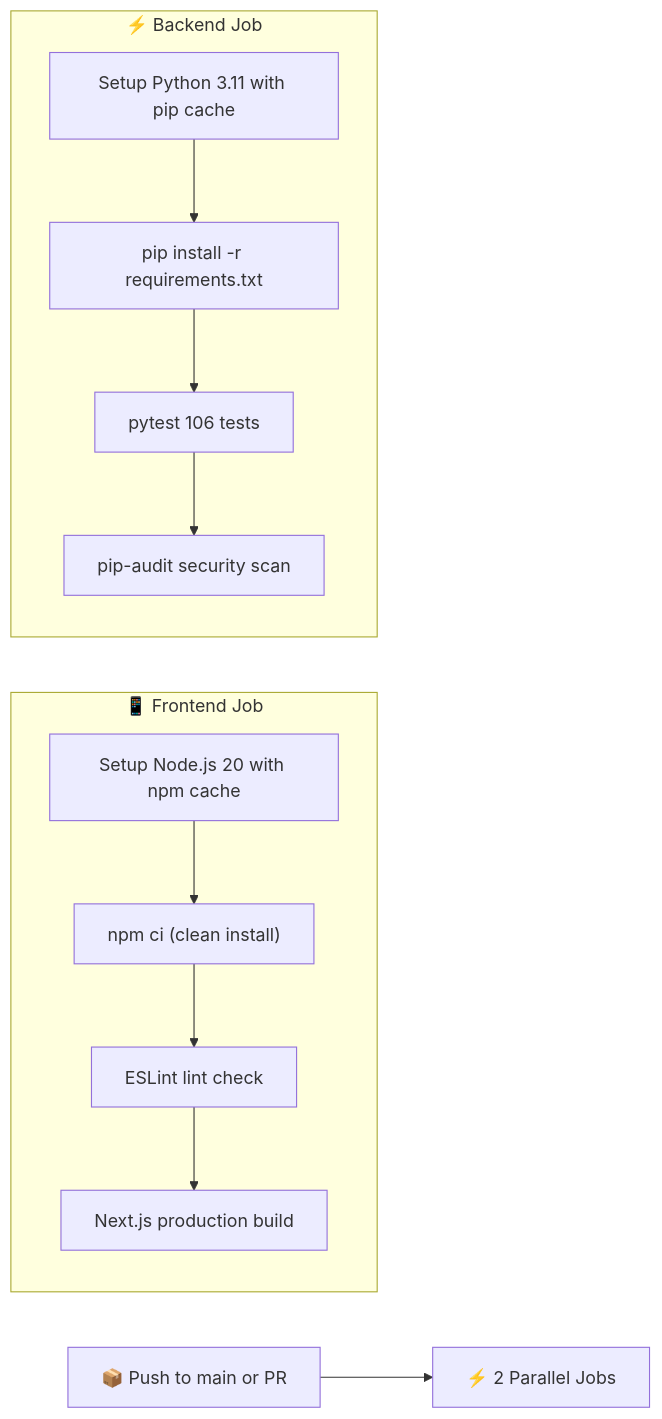
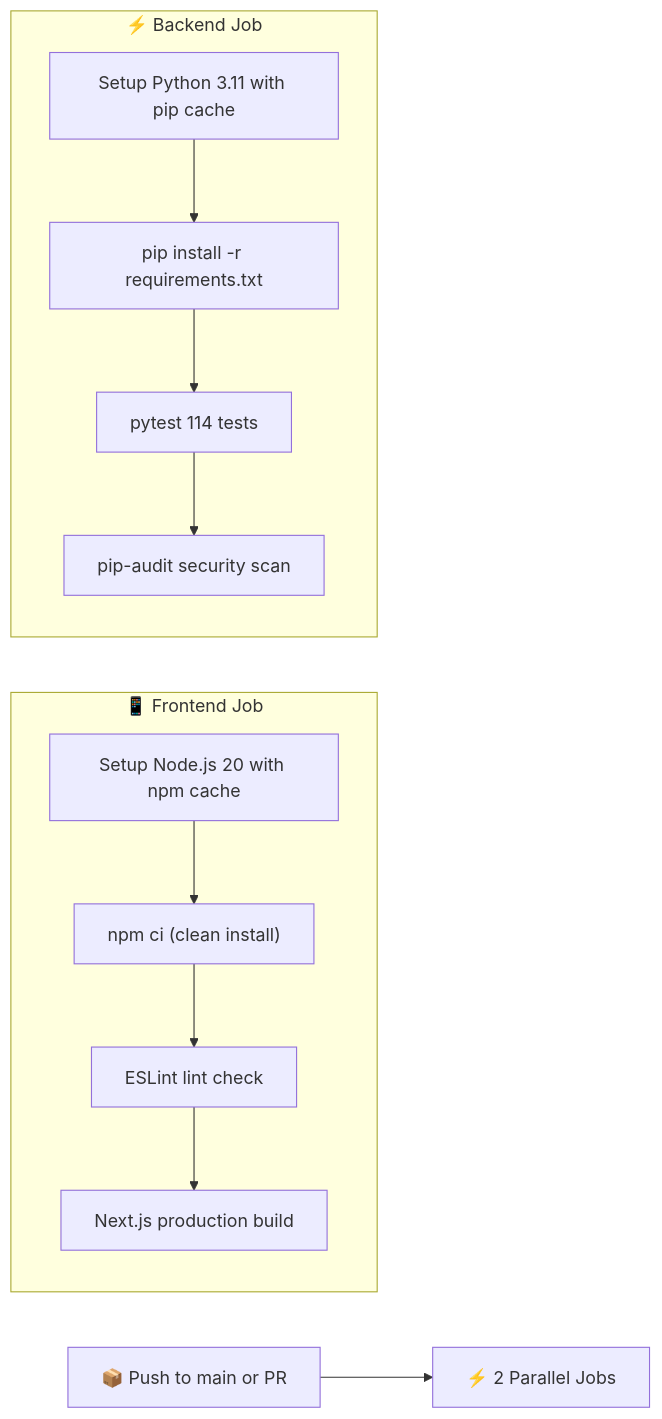
The diagram in README.md (Anil-Pradhan-web/ai-career-mentor), drawn with Mermaid before and after one commit. The commit also changed other lines of this file and 2 other files, not shown here.

Commit message:
docs: update workflow count to 7 and test suite count to 114 passed tests

````diff
--- a/README.md
+++ b/README.md
@@ -205,19 +206,19 @@
 ```mermaid
 flowchart LR
     TRIGGER["📦 Push to main or PR"]
     TRIGGER --> PARALLEL["⚡ 2 Parallel Jobs"]
     
     subgraph "📱 Frontend Job"
         F1["Setup Node.js 20 with npm cache"]
         F1 --> F2["npm ci (clean install)"]
         F2 --> F3["ESLint lint check"]
         F3 --> F4["Next.js production build"]
     end
     
     subgraph "⚡ Backend Job"
         B1["Setup Python 3.11 with pip cache"]
         B1 --> B2["pip install -r requirements.txt"]
-        B2 --> B3["pytest 106 tests"]
+        B2 --> B3["pytest 114 tests"]
         B3 --> B4["pip-audit security scan"]
     end
 ```
````
